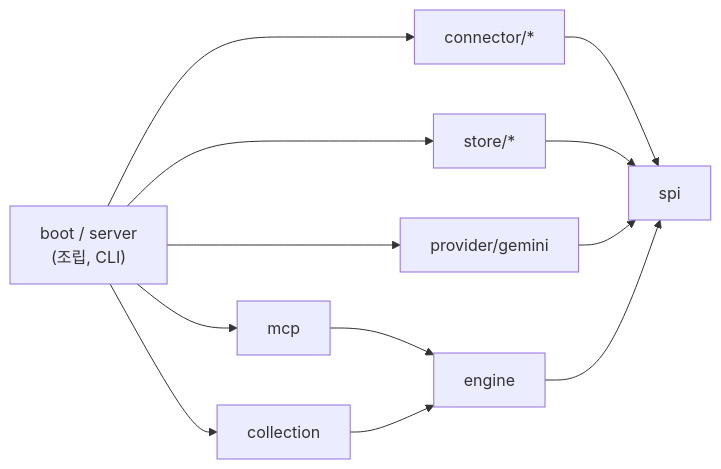
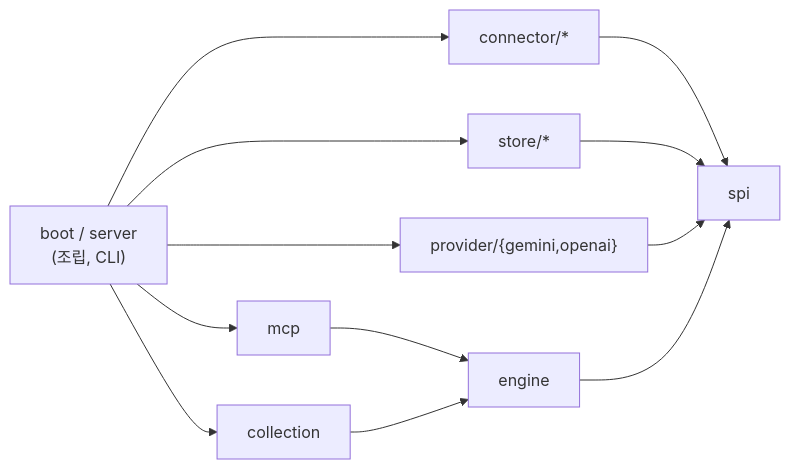
The diagram in README.ko.md (edonghyun/semantic-context-os), drawn with Mermaid before and after one commit. The commit also changed other lines of this file and 1257 other files, not shown here.

````diff
--- a/README.ko.md
+++ b/README.ko.md
@@ -115,14 +155,14 @@
 ```mermaid
 flowchart LR
   boot["boot / server<br/>(조립, CLI)"] --> mcp
   boot --> collection
   boot --> connector["connector/*"]
   boot --> store["store/*"]
-  boot --> provider["provider/gemini"]
+  boot --> provider["provider/{gemini,openai}"]
   mcp --> engine
   collection --> engine
   connector --> spi
   store --> spi
   provider --> spi
   engine --> spi
 ```
````
